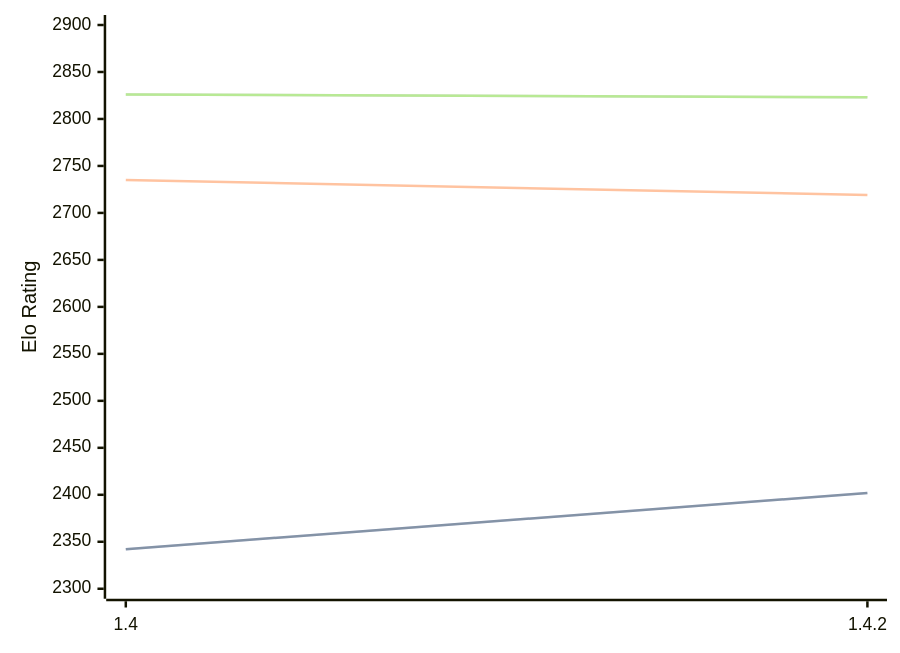
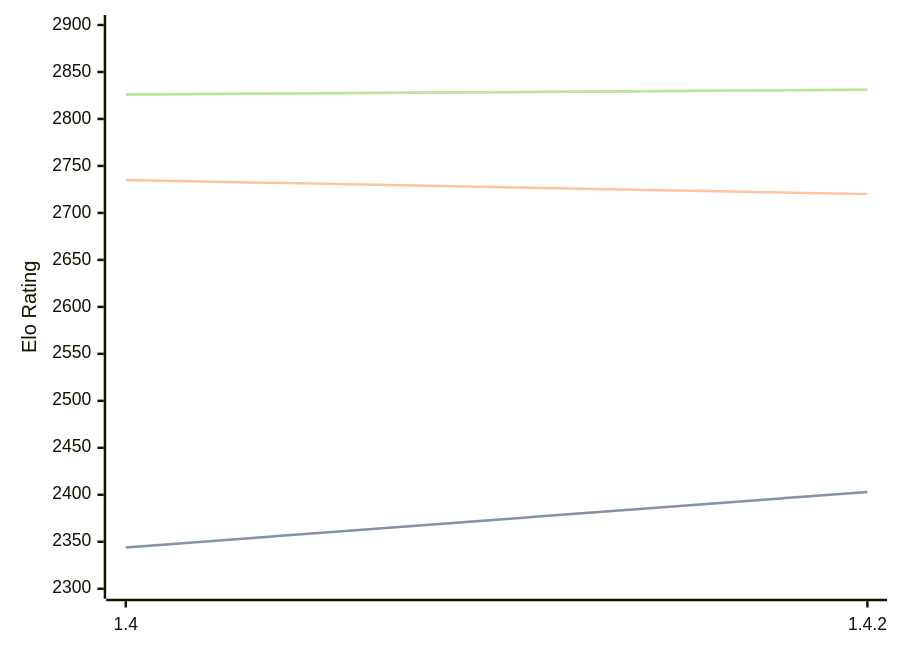
The diagram in engines/Spike.md (computer-chess-index/cci), drawn with Mermaid before and after one commit. The commit also changed other lines of this file, not shown here.

Commit message:
Update CCI Ratings (ELO VLTC) - 2026-09-14

````diff
--- a/engines/Spike.md
+++ b/engines/Spike.md
@@ -32,11 +32,11 @@
 ```mermaid
 %%{init: {"theme":"base","themeVariables":{"seriesColors:['#a3a3a3','#222221','#faa371']}}}%%
 xychart-beta
   x-axis ["1.4", "1.4.2"]
   y-axis "Elo Rating" 2300 --> 2900
-  line "" [2342, 2402]
-  line "STC (8.0+0.08s)" [2342, 2402]
-  line "LTC (60.0+0.60s)" [2735, 2719]
-  line "" [2826, 2823]
-  line "VLTC (2m24s+1.12s)" [2826, 2823]
+  line "" [2344, 2403]
+  line "STC (8.0+0.08s)" [2344, 2403]
+  line "LTC (60.0+0.60s)" [2735, 2720]
+  line "" [2826, 2831]
+  line "VLTC (2m24s+1.12s)" [2826, 2831]
 ```
````
